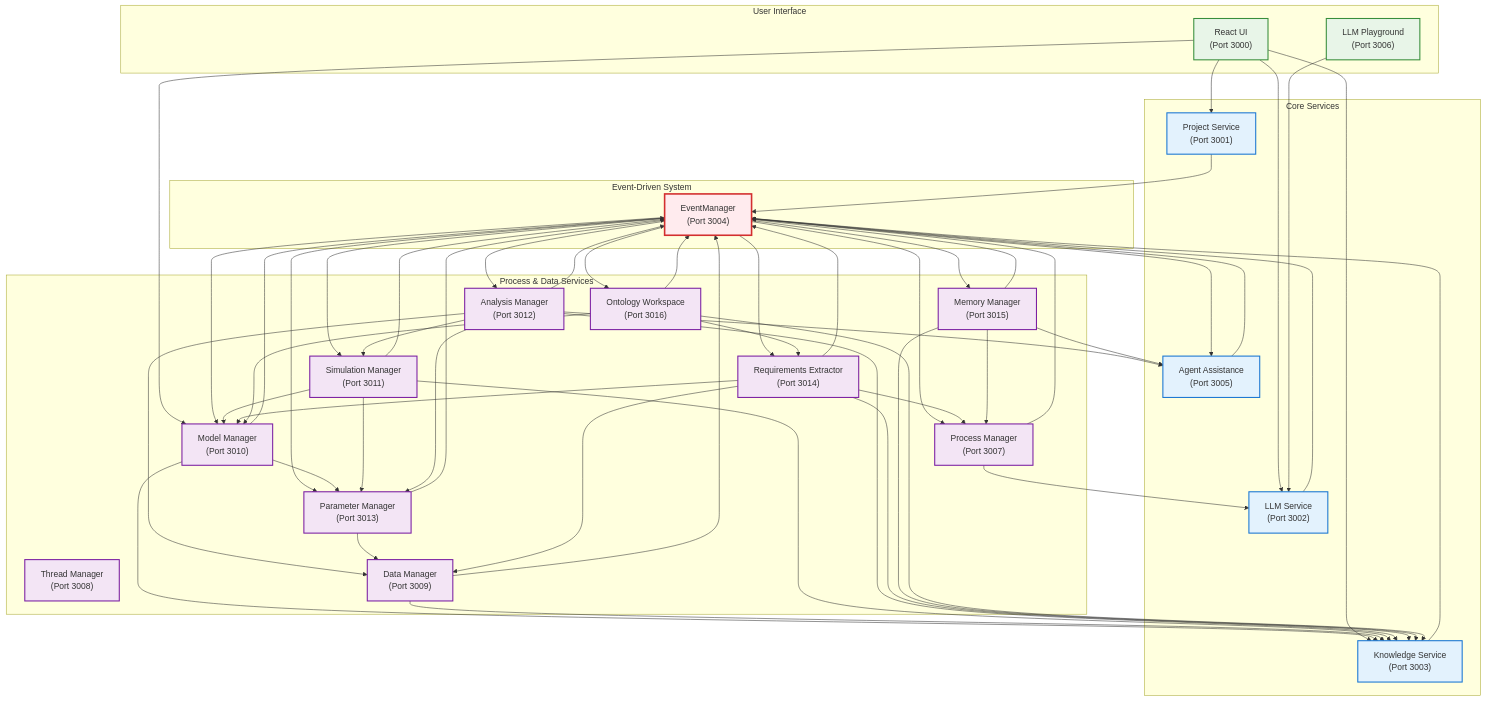
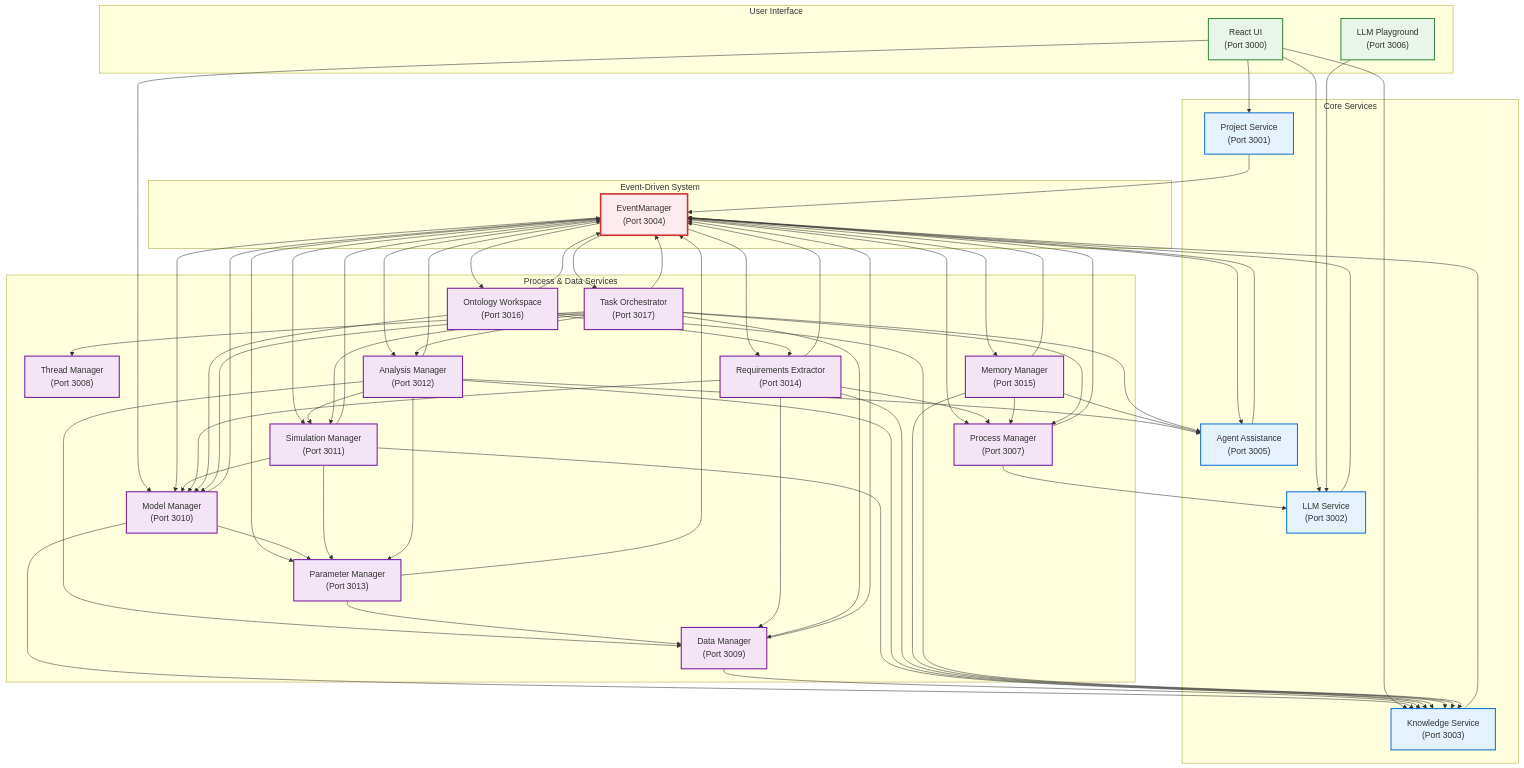
One commit to laserpointlabs/dadms changed the first of 2 diagrams in docs/architecture/README.md. Above: the diagram before and after it, drawn with Mermaid. The commit also changed other lines of this file and 5 other files, not shown here.

First line of the commit message:
feat: Add Task Orchestrator API documentation and architecture updates

````diff
--- a/docs/architecture/README.md
+++ b/docs/architecture/README.md
@@ -44,6 +44,7 @@
         RequirementsExtractor["Requirements Extractor<br/>(Port 3014)"]
         MemoryManager["Memory Manager<br/>(Port 3015)"]
         OntologyWorkspace["Ontology Workspace<br/>(Port 3016)"]
+        TaskOrchestrator["Task Orchestrator<br/>(Port 3017)"]
     end
     
     %% UI connections
@@ -67,6 +68,7 @@
     RequirementsExtractor --> EventManager
     MemoryManager --> EventManager
     OntologyWorkspace --> EventManager
+    TaskOrchestrator --> EventManager
     
     %% EventManager back to services
     EventManager --> AAS
@@ -78,6 +80,7 @@
     EventManager --> RequirementsExtractor
     EventManager --> MemoryManager
     EventManager --> OntologyWorkspace
+    EventManager --> TaskOrchestrator
     
     %% Service interconnections
     ProcessManager --> LLMService
@@ -103,6 +106,13 @@
     OntologyWorkspace --> KnowledgeService
     OntologyWorkspace --> ModelManager
     OntologyWorkspace --> RequirementsExtractor
+    TaskOrchestrator --> ProcessManager
+    TaskOrchestrator --> AAS
+    TaskOrchestrator --> ThreadManager
+    TaskOrchestrator --> ModelManager
+    TaskOrchestrator --> DataManager
+    TaskOrchestrator --> SimulationManager
+    TaskOrchestrator --> AnalysisManager
     
     classDef ui fill:#e8f5e8,stroke:#388e3c,stroke-width:2px;
     classDef core fill:#e3f2fd,stroke:#1976d2,stroke-width:2px;
@@ -112,5 +122,5 @@
     class WebUI,Playground ui;
     class ProjectService,LLMService,KnowledgeService,AAS core;
     class EventManager event;
-    class ProcessManager,ThreadManager,DataManager,ModelManager,SimulationManager,AnalysisManager,ParameterManager,RequirementsExtractor,MemoryManager,OntologyWorkspace process;
+    class ProcessManager,ThreadManager,DataManager,ModelManager,SimulationManager,AnalysisManager,ParameterManager,RequirementsExtractor,MemoryManager,OntologyWorkspace,TaskOrchestrator process;
 ```
````
